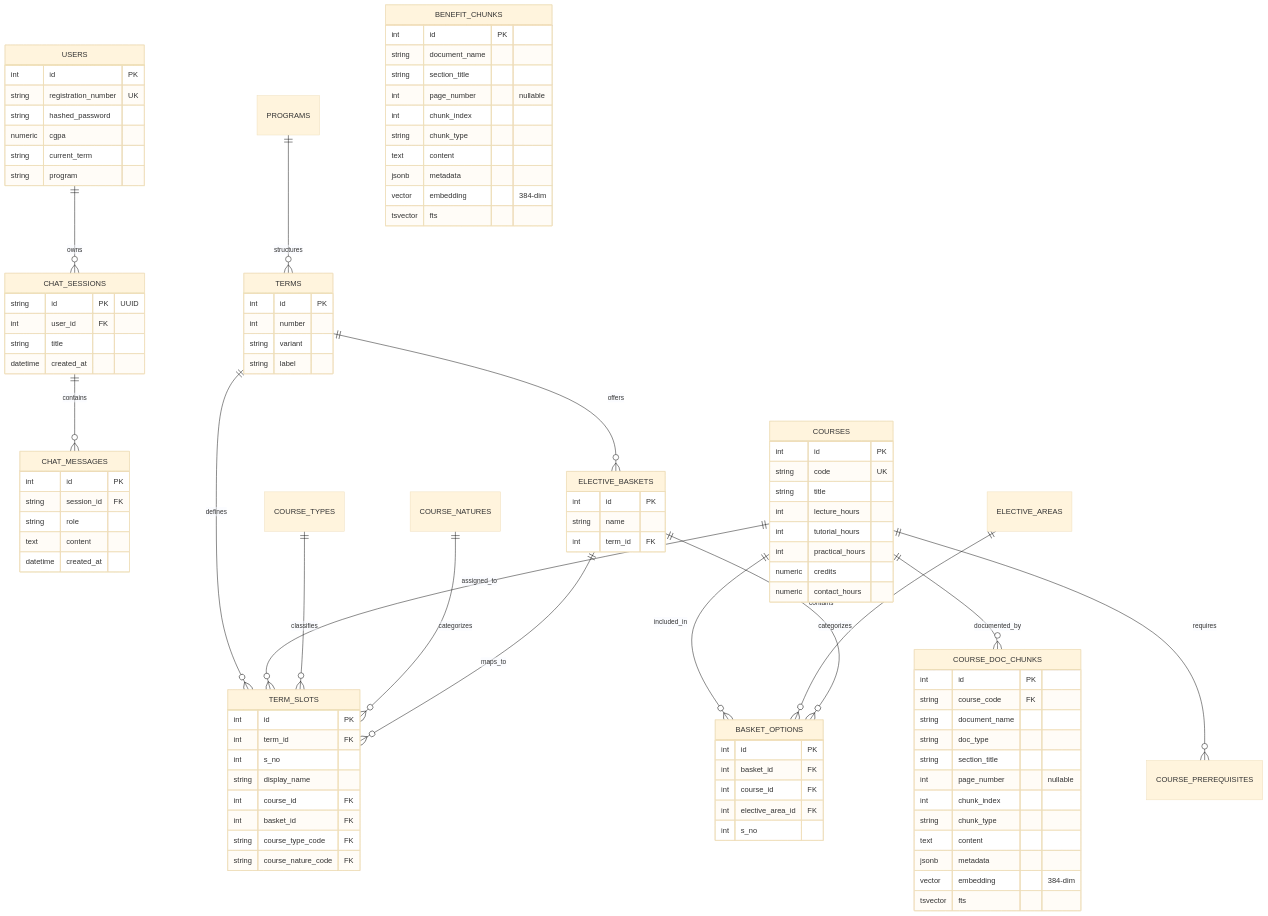
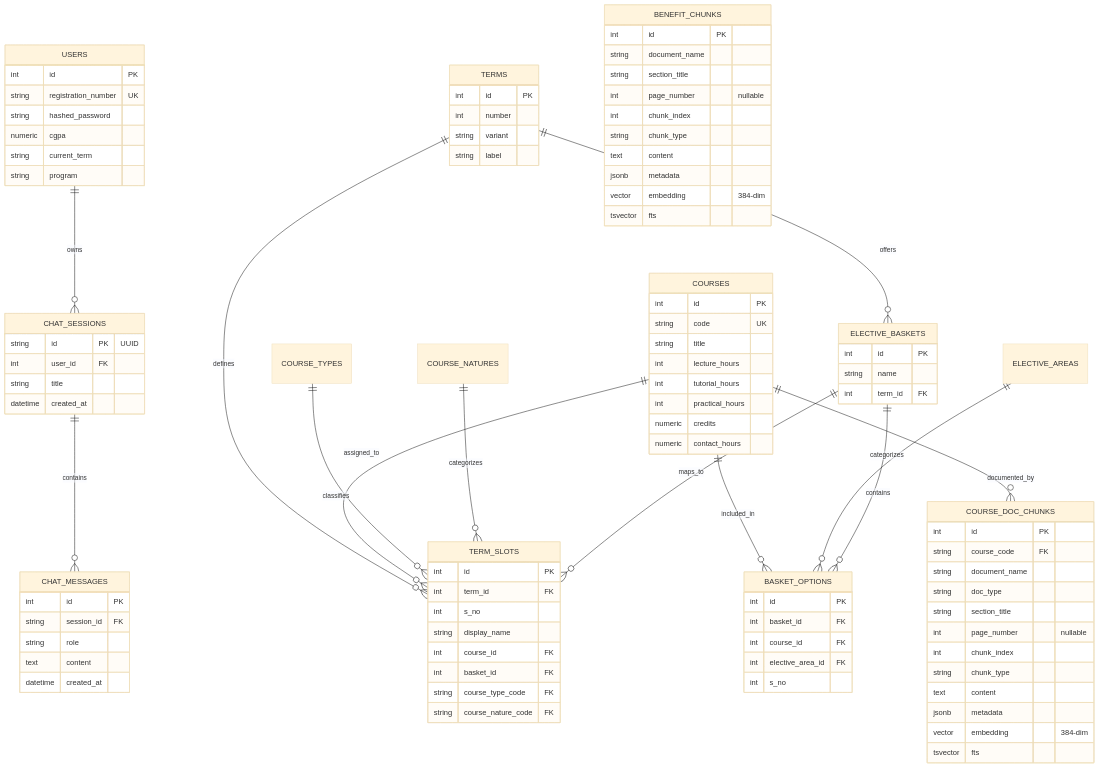
The diagram in docs/DATABASE_SCHEMA.md (Tanishquppal220/CourseCompas), drawn with Mermaid (base theme) before and after one commit. The commit also changed other lines of this file and 8 other files, not shown here.

Commit message:
Remove outdated documentation files: test.md and walk.md, consolidating browser automation and schema migration information into more relevant resources.

```diff
--- a/docs/DATABASE_SCHEMA.md
+++ b/docs/DATABASE_SCHEMA.md
@@ -13,14 +13,12 @@
     USERS ||--o{ CHAT_SESSIONS : owns
     CHAT_SESSIONS ||--o{ CHAT_MESSAGES : contains
 
-    PROGRAMS ||--o{ TERMS : structures
     TERMS ||--o{ TERM_SLOTS : defines
     TERMS ||--o{ ELECTIVE_BASKETS : offers
 
     COURSES ||--o{ TERM_SLOTS : assigned_to
     COURSES ||--o{ BASKET_OPTIONS : included_in
     COURSES ||--o{ COURSE_DOC_CHUNKS : documented_by
-    COURSES ||--o{ COURSE_PREREQUISITES : requires
 
     COURSE_TYPES ||--o{ TERM_SLOTS : classifies
     COURSE_NATURES ||--o{ TERM_SLOTS : categorizes
```
